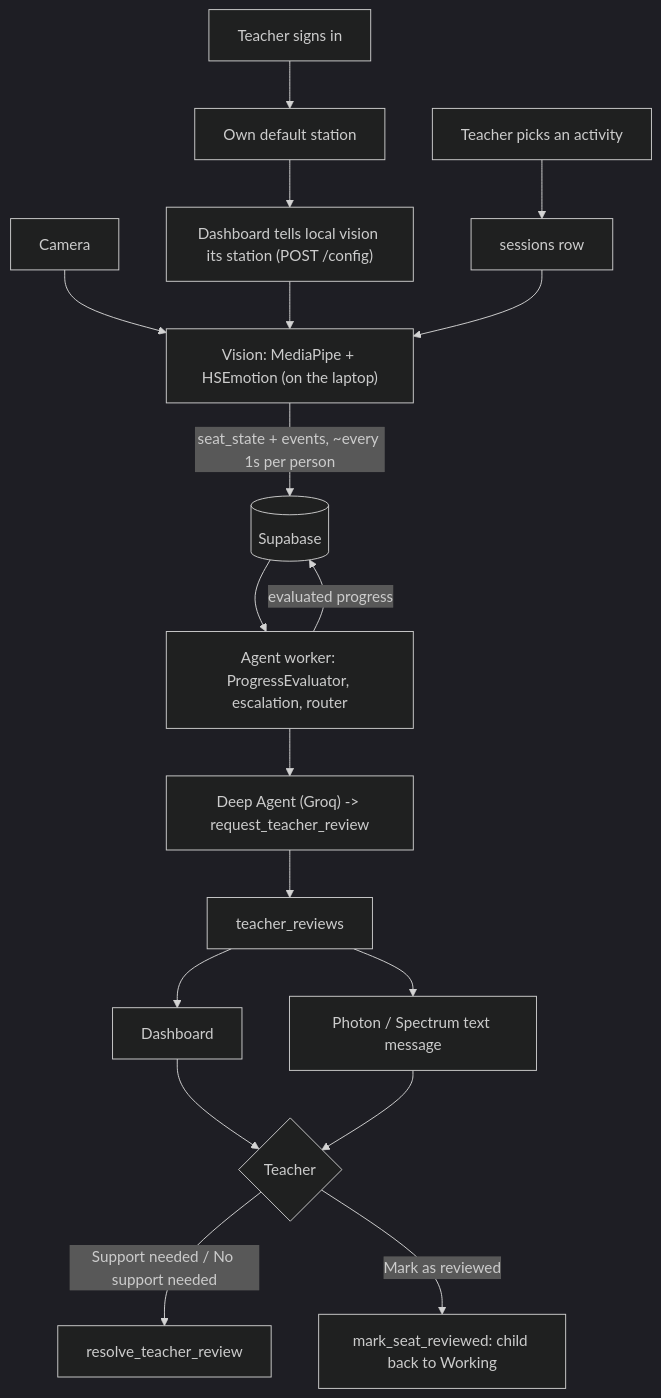
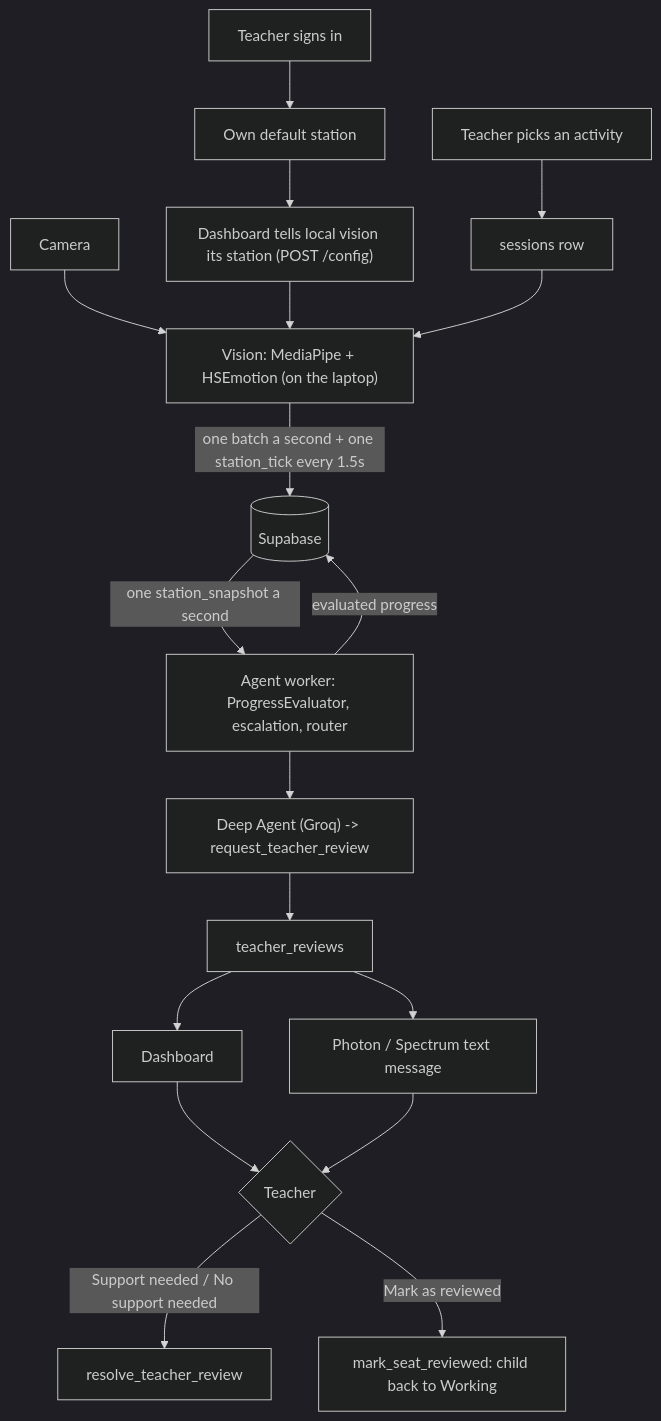
Before and after one commit to keithw24/cues: the diagram in README.md, drawn with Mermaid (dark theme). The commit also changed other lines of this file and 6 other files, not shown here.

````diff
--- a/README.md
+++ b/README.md
@@ -12,20 +12,20 @@
 ```mermaid
 flowchart TD
     T["Teacher signs in"] --> ST["Own default station"]
     ST --> CF["Dashboard tells local vision its station (POST /config)"]
     A["Teacher picks an activity"] --> SS["sessions row"]
     C["Camera"] --> V["Vision: MediaPipe + HSEmotion (on the laptop)"]
     CF --> V
     SS --> V
-    V -->|"seat_state + events, ~every 1s per person"| DB[("Supabase")]
-    DB --> W["Agent worker: ProgressEvaluator, escalation, router"]
+    V -->|"one batch a second + one station_tick every 1.5s"| DB[("Supabase")]
+    DB -->|"one station_snapshot a second"| W["Agent worker: ProgressEvaluator, escalation, router"]
     W --> K["Deep Agent (Groq) -> request_teacher_review"]
     K --> R["teacher_reviews"]
     W -->|"evaluated progress"| DB
     R --> D["Dashboard"]
     R --> P["Photon / Spectrum text message"]
     D --> X{"Teacher"}
     P --> X
     X -->|"Support needed / No support needed"| RR["resolve_teacher_review"]
     X -->|"Mark as reviewed"| MR["mark_seat_reviewed: child back to Working"]
 ```
````
